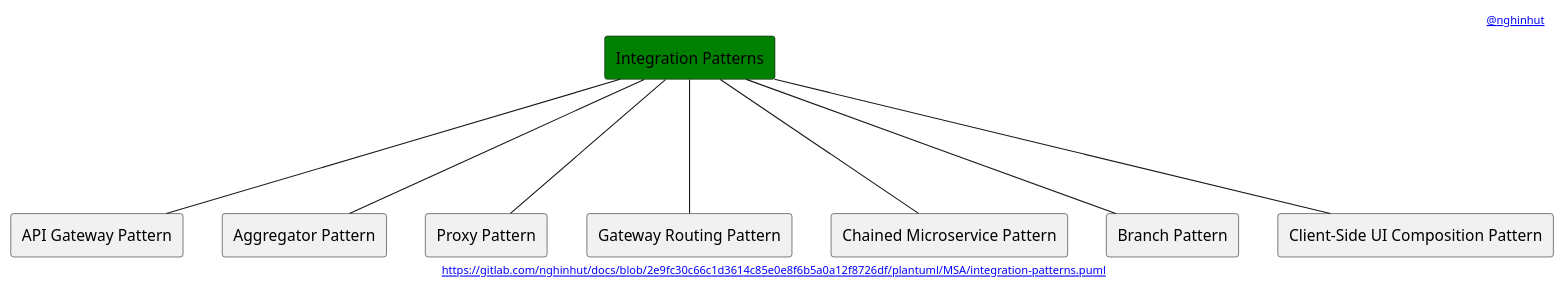
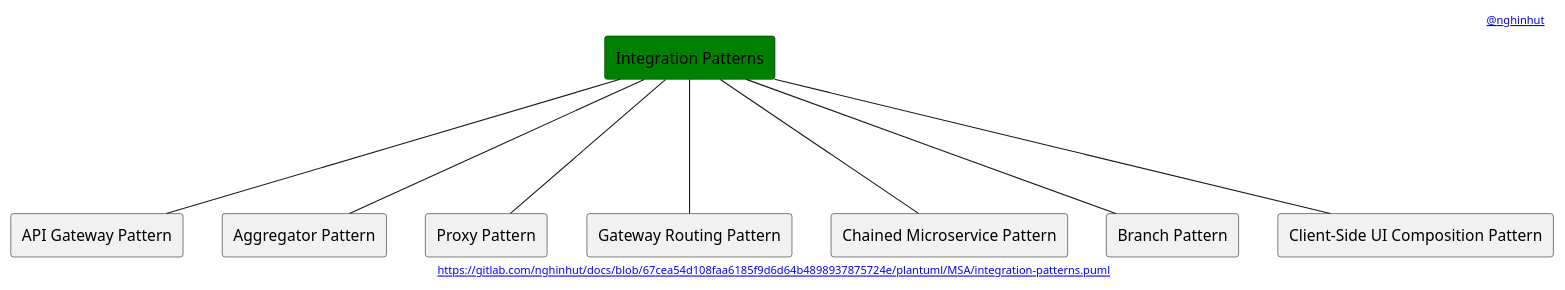
Before and after one commit to nghinhut/docs: the diagram in plantuml/MSA/integration-patterns.puml, drawn with PlantUML. The commit also changed 29 other files, not shown here.

```diff
--- a/plantuml/MSA/integration-patterns.puml
+++ b/plantuml/MSA/integration-patterns.puml
@@ -1,24 +1,24 @@
 @startuml
 '-----START auto generated metadata please keep comment here to allow auto update-----
 '-----DON'T EDIT THIS SECTION, INSTEAD RE-RUN prebuild.sh TO UPDATE-----
-header [[https://www.nghinhut.dev?from=http%5C%3A%5C%2F%5C%2Fwww%5C.plantuml%5C.com%5C%2Fplantuml%5C%2Fproxy%3Ffmt%3Dsvg%5C%26src%3Dhttps%5C%3A%5C%2F%5C%2Fgitlab%5C.com%5C%2Fnghinhut%5C%2Fdocs%5C%2Fraw%5C%2F2e9fc30c66c1d3614c85e0e8f6b5a0a12f8726df%5C%2Fplantuml%5C%2FMSA%5C%2Fintegration-patterns%5C.puml%0A @nghinhut]]
-footer [[http://www.plantuml.com/plantuml/proxy?fmt=svg&src=https://gitlab.com/nghinhut/docs/raw/2e9fc30c66c1d3614c85e0e8f6b5a0a12f8726df/plantuml/MSA/integration-patterns.puml https://gitlab.com/nghinhut/docs/blob/2e9fc30c66c1d3614c85e0e8f6b5a0a12f8726df/plantuml/MSA/integration-patterns.puml]]
+header [[https://www.nghinhut.dev?from=http%5C%3A%5C%2F%5C%2Fwww%5C.plantuml%5C.com%5C%2Fplantuml%5C%2Fproxy%3Ffmt%3Dsvg%5C%26src%3Dhttps%5C%3A%5C%2F%5C%2Fgitlab%5C.com%5C%2Fnghinhut%5C%2Fdocs%5C%2Fraw%5C%2F67cea54d108faa6185f9d6d64b4898937875724e%5C%2Fplantuml%5C%2FMSA%5C%2Fintegration-patterns%5C.puml%0A @nghinhut]]
+footer [[http://www.plantuml.com/plantuml/proxy?fmt=svg&src=https://gitlab.com/nghinhut/docs/raw/67cea54d108faa6185f9d6d64b4898937875724e/plantuml/MSA/integration-patterns.puml https://gitlab.com/nghinhut/docs/blob/67cea54d108faa6185f9d6d64b4898937875724e/plantuml/MSA/integration-patterns.puml]]
 '-----END auto generated metadata please keep comment here to allow auto update-----
 
 rectangle "Integration Patterns" as Integration #green
 
 rectangle "API Gateway Pattern" as IntegrationP1
 rectangle "Aggregator Pattern" as IntegrationP2
 rectangle "Proxy Pattern" as IntegrationP3
 rectangle "Gateway Routing Pattern" as IntegrationP4
 rectangle "Chained Microservice Pattern" as IntegrationP5
 rectangle "Branch Pattern" as IntegrationP6
 rectangle "Client-Side UI Composition Pattern" as IntegrationP7
 Integration --- IntegrationP1
 Integration --- IntegrationP2
 Integration --- IntegrationP3
 Integration --- IntegrationP4
 Integration --- IntegrationP5
 Integration --- IntegrationP6
 Integration --- IntegrationP7
 @enduml
```
